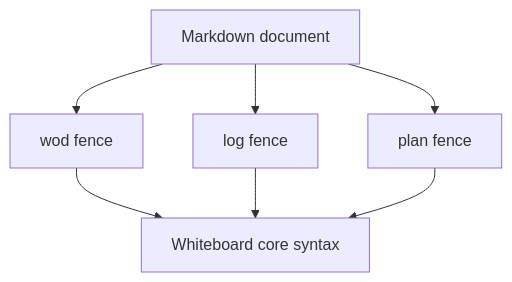
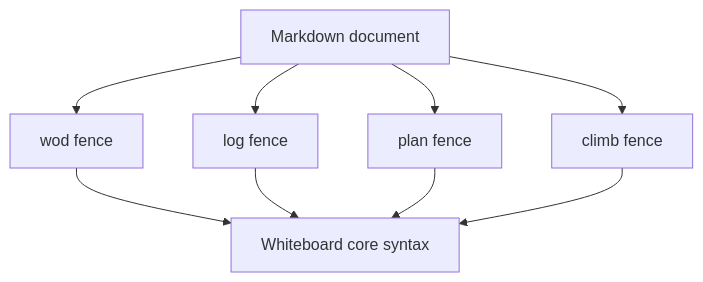
Before and after one commit to SergeiGolos/wod-wiki: the diagram in docs/whiteboard-language/README.md, drawn with Mermaid. The commit also changed other lines of this file and 28 other files, not shown here.

````diff
--- a/docs/whiteboard-language/README.md
+++ b/docs/whiteboard-language/README.md
@@ -14,10 +14,12 @@
 ```mermaid
 flowchart TD
   Doc[Markdown document] --> WodFence[wod fence]
   Doc --> LogFence[log fence]
   Doc --> PlanFence[plan fence]
+  Doc --> ClimbFence[climb fence]
 
   WodFence --> Core[Whiteboard core syntax]
   LogFence --> Core
   PlanFence --> Core
+  ClimbFence --> Core
 ```
````
